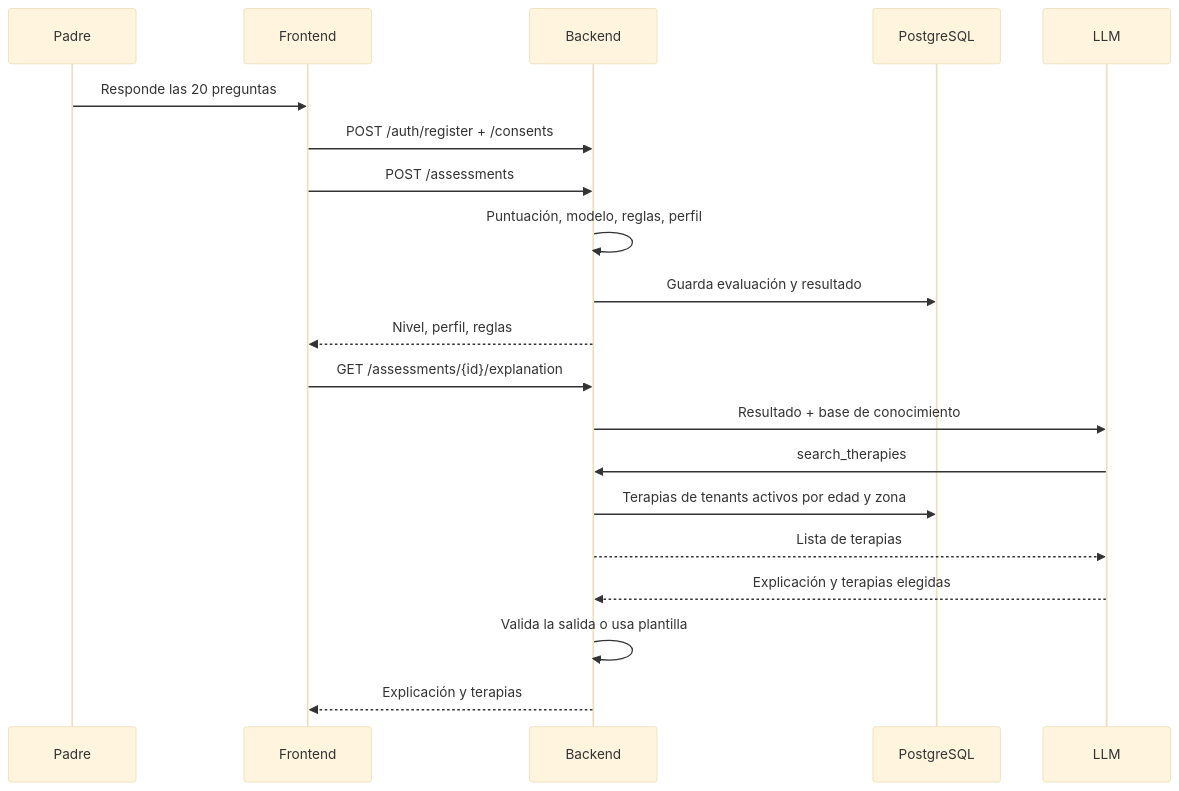
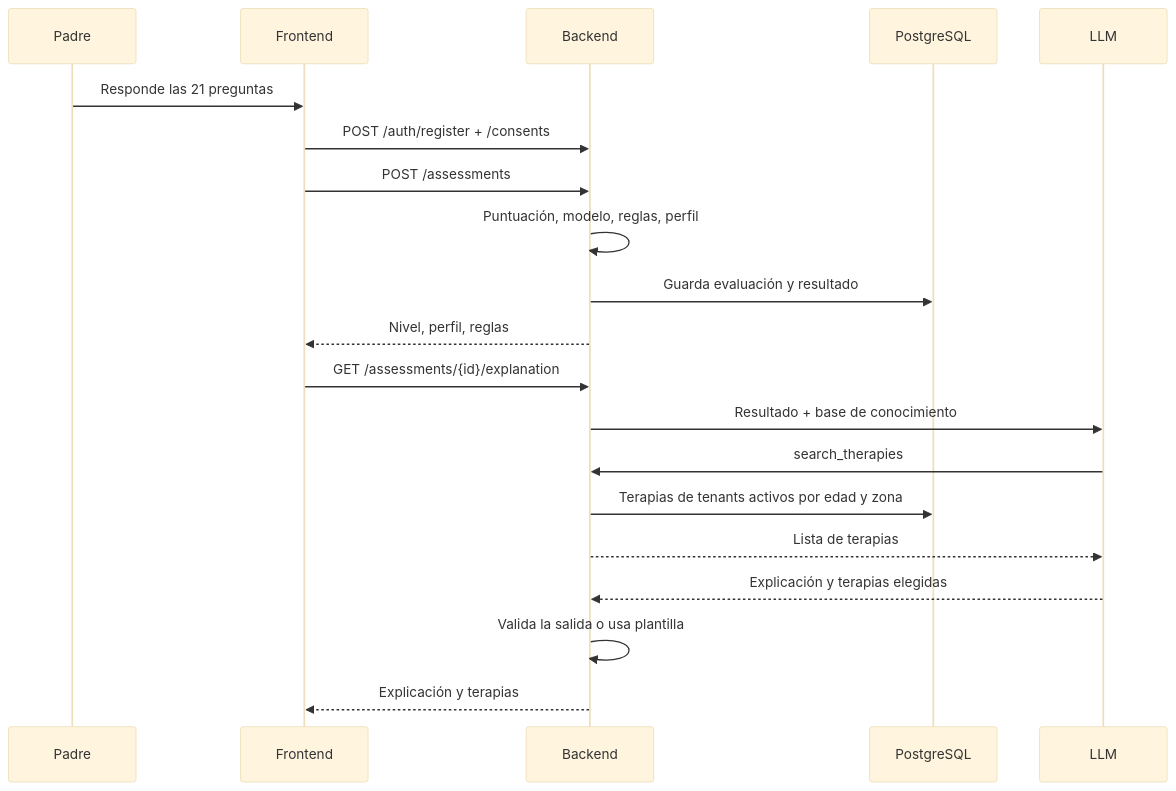
Before and after one commit to ErnestoSCL/neuroa-modelo-tamizaje: the third of 7 diagrams in docs/arquitectura_conecta.md, drawn with Mermaid (base theme). The commit also changed other lines of this file and 5 other files, not shown here.

````diff
--- a/docs/arquitectura_conecta.md
+++ b/docs/arquitectura_conecta.md
@@ -361,22 +361,22 @@
 ```mermaid
 sequenceDiagram
     participant Pa as Padre
     participant W as Frontend
     participant A as Backend
     participant DB as PostgreSQL
     participant L as LLM
-    Pa->>W: Responde las 20 preguntas
+    Pa->>W: Responde las 21 preguntas
     W->>A: POST /auth/register + /consents
     W->>A: POST /assessments
     A->>A: Puntuación, modelo, reglas, perfil
     A->>DB: Guarda evaluación y resultado
     A-->>W: Nivel, perfil, reglas
     W->>A: GET /assessments/{id}/explanation
     A->>L: Resultado + base de conocimiento
     L->>A: search_therapies
     A->>DB: Terapias de tenants activos por edad y zona
     A-->>L: Lista de terapias
     L-->>A: Explicación y terapias elegidas
     A->>A: Valida la salida o usa plantilla
     A-->>W: Explicación y terapias
 ```
````
